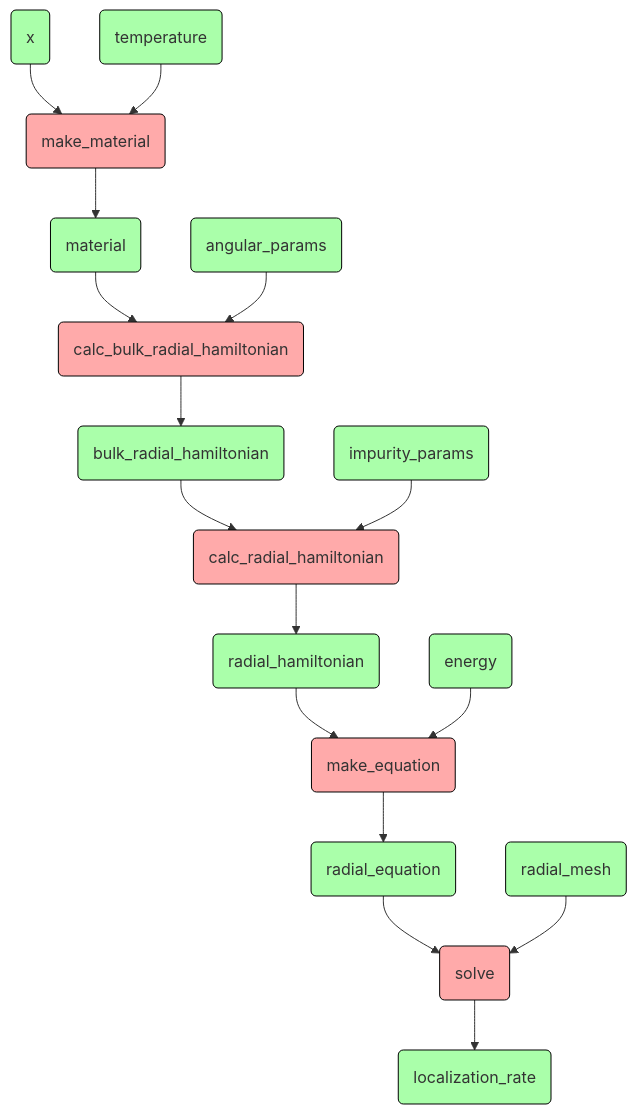
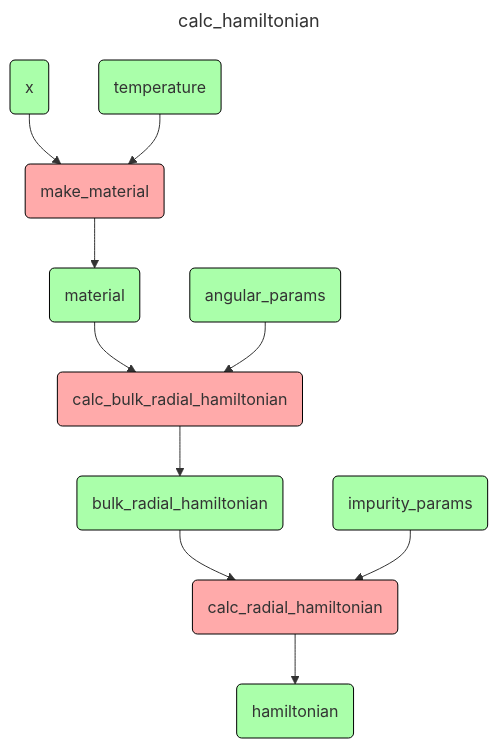
Before and after one commit to MaksimZh/hw: the third of 4 diagrams in 04_design_vision/design_vision.md, drawn with Mermaid. The commit also changed other lines of this file, not shown here.

````diff
--- a/04_design_vision/design_vision.md
+++ b/04_design_vision/design_vision.md
@@ -66,23 +105,20 @@
 ```mermaid
+---
+title: calc_hamiltonian
+---
 graph TD
     x(x) --> mm(make_material)
     t(temperature) --> mm
     mm --> mat(material) 
     mat --> cbrh(calc_bulk_radial_hamiltonian)
     ang(angular_params) --> cbrh
     cbrh --> brh(bulk_radial_hamiltonian)
     brh --> crh(calc_radial_hamiltonian)
     imp(impurity_params) --> crh
-    crh --> rh(radial_hamiltonian)
-    rh --> meq(make_equation)
-    en(energy) --> meq
-    meq --> eq(radial_equation)
-    eq --> solve(solve)
-    rad(radial_mesh) --> solve
-    solve --> lr(localization_rate)
+    crh --> h(hamiltonian)
 
     classDef data fill:#afa, stroke:#000
     classDef proc fill:#faa, stroke:#000
-    class x,t,mat,imp,ang,brh,rh,en,eq,rad,wf,lr data
-    class mm,cbrh,crh,meq,solve proc
+    class x,t,mat,imp,ang,brh,h data
+    class mm,cbrh,crh proc
 ```
````
